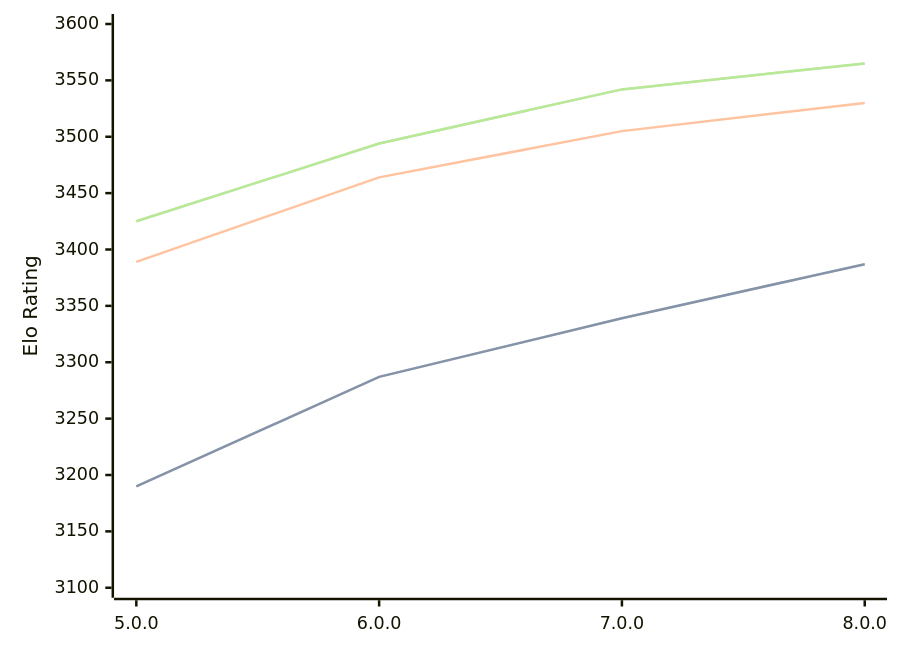
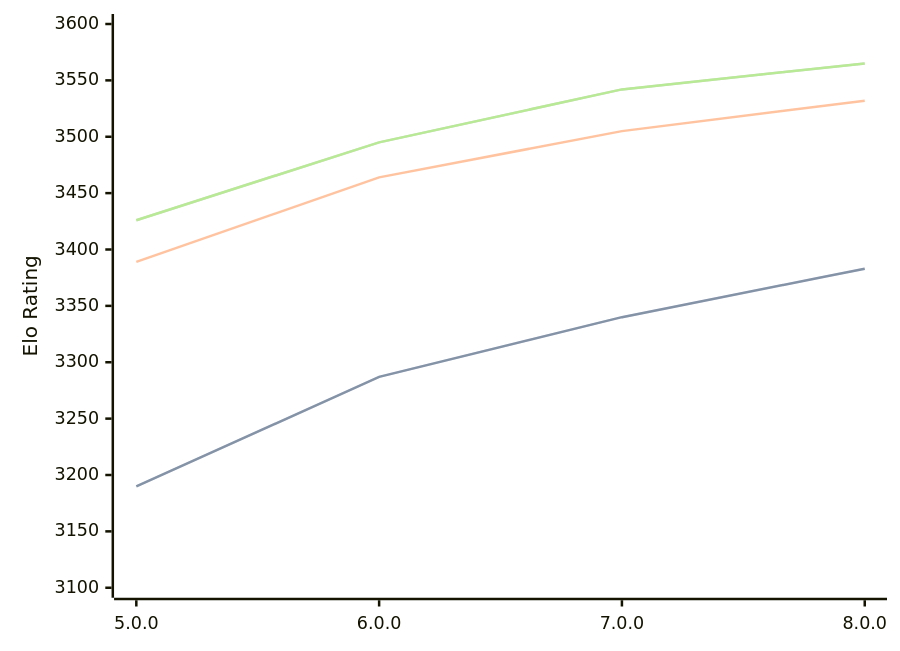
One commit to computer-chess-index/cci changed the diagram in engines/Stormphrax.md. Above: the diagram before and after it, drawn with Mermaid. The commit also changed other lines of this file, not shown here.

Commit message:
Update CCI Ratings (ELO VLTC) - 2026-07-25

````diff
--- a/engines/Stormphrax.md
+++ b/engines/Stormphrax.md
@@ -39,11 +39,11 @@
 ```mermaid
 %%{init: {"theme":"base","themeVariables":{"seriesColors:['#a3a3a3','#222221','#faa371']}}}%%
 xychart-beta
   x-axis ["5.0.0", "6.0.0", "7.0.0", "8.0.0"]
   y-axis "Elo Rating" 3100 --> 3600
-  line "STC (8.0+0.08s)" [3190, 3287, 3339, 3387]
-  line "STC (8.0+0.08s)" [3190, 3287, 3339, 3387]
-  line "LTC (60.0+0.60s)" [3389, 3464, 3505, 3530]
-  line "VLTC (2m24s+1.12s)" [3425, 3494, 3542, 3565]
-  line "VLTC (2m24s+1.12s)" [3425, 3494, 3542, 3565]
+  line "STC (8.0+0.08s)" [3190, 3287, 3340, 3383]
+  line "STC (8.0+0.08s)" [3190, 3287, 3340, 3383]
+  line "LTC (60.0+0.60s)" [3389, 3464, 3505, 3532]
+  line "VLTC (2m24s+1.12s)" [3426, 3495, 3542, 3565]
+  line "VLTC (2m24s+1.12s)" [3426, 3495, 3542, 3565]
 ```
````
